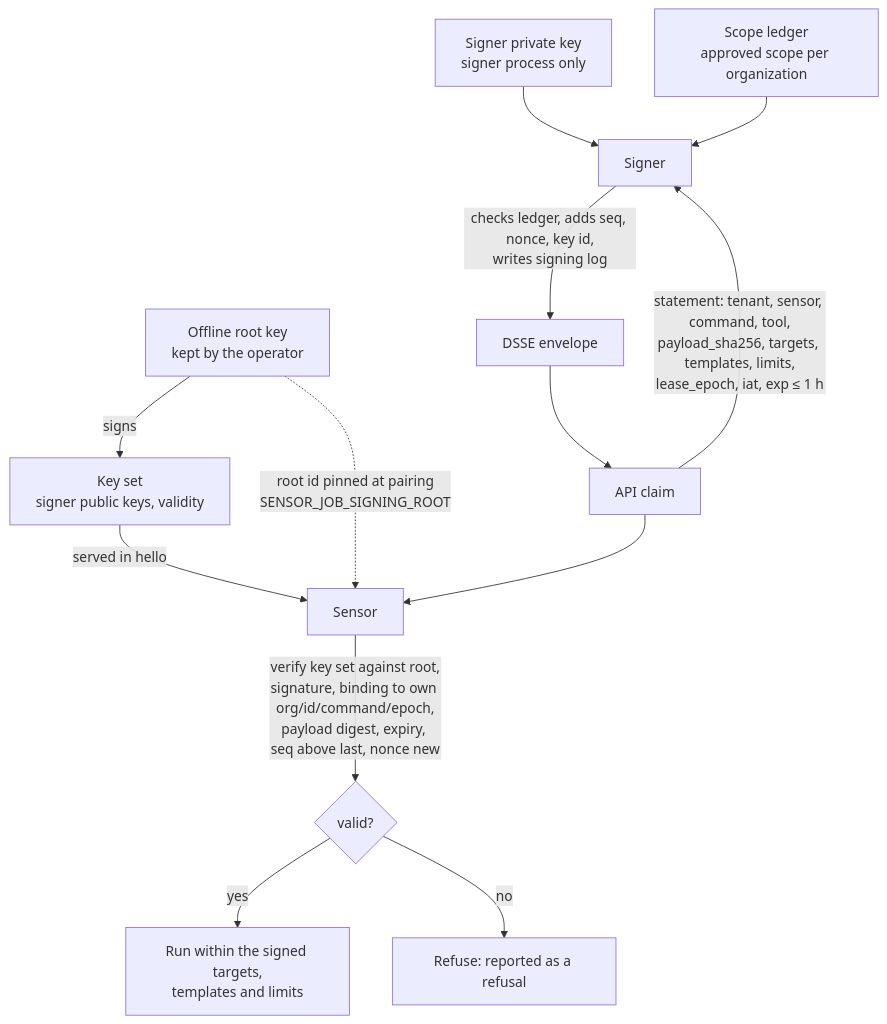
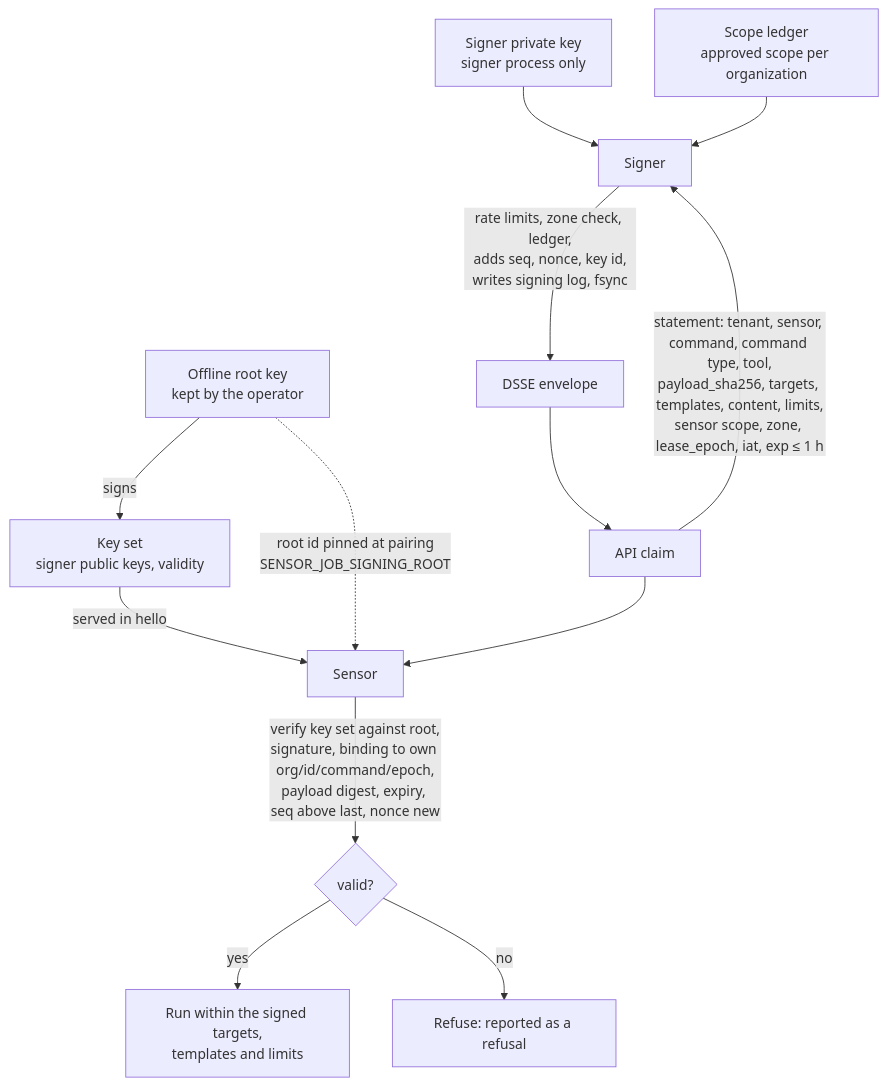
Before and after one commit to openctemio/openctem: the eighth of 10 diagrams in api/docs/architecture/job-dispatch.md, drawn with Mermaid. The commit also changed other lines of this file and 11 other files, not shown here.

First line of the commit message:
docs(architecture): verified flow diagrams for scans, dispatch and ingest

````diff
--- a/api/docs/architecture/job-dispatch.md
+++ b/api/docs/architecture/job-dispatch.md
@@ -343,14 +477,14 @@
 ```mermaid
 flowchart TD
   R[Offline root key<br/>kept by the operator] -->|signs| KS[Key set<br/>signer public keys, validity]
   KS -->|served in hello| S[Sensor]
   R -.->|root id pinned at pairing<br/>SENSOR_JOB_SIGNING_ROOT| S
   SK[Signer private key<br/>signer process only] --> SG[Signer]
   L[Scope ledger<br/>approved scope per organization] --> SG
-  API[API claim] -->|statement: tenant, sensor, command, tool,<br/>payload_sha256, targets, templates, limits,<br/>lease_epoch, iat, exp ≤ 1 h| SG
-  SG -->|checks ledger, adds seq, nonce, key id,<br/>writes signing log| ENV[DSSE envelope]
+  API[API claim] -->|statement: tenant, sensor, command, command type, tool,<br/>payload_sha256, targets, templates, content, limits,<br/>sensor scope, zone, lease_epoch, iat, exp ≤ 1 h| SG
+  SG -->|rate limits, zone check, ledger,<br/>adds seq, nonce, key id,<br/>writes signing log, fsync| ENV[DSSE envelope]
   ENV --> API --> S
   S -->|verify key set against root,<br/>signature, binding to own org/id/command/epoch,<br/>payload digest, expiry, seq above last, nonce new| OK{valid?}
   OK -- yes --> RUN[Run within the signed targets,<br/>templates and limits]
   OK -- no --> REF[Refuse: reported as a refusal]
 ```
````
